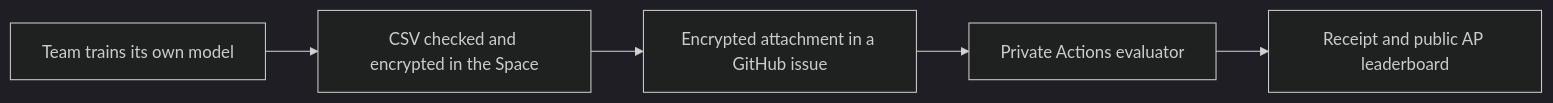
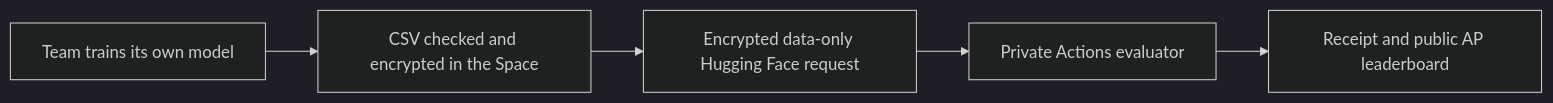
The diagram in README.md (hulaearth/ai-for-nature-competition), drawn with Mermaid (dark theme) before and after one commit. The commit also changed other lines of this file and 35 other files, not shown here.

Commit message:
Provide direct Hugging Face uploads with acceptance and final-choice controls

````diff
--- a/README.md
+++ b/README.md
@@ -52,7 +52,7 @@
 ```mermaid
 flowchart LR
   A[Team trains its own model] --> B[CSV checked and encrypted in the Space]
-  B --> C[Encrypted attachment in a GitHub issue]
+  B --> C[Encrypted data-only Hugging Face request]
   C --> D[Private Actions evaluator]
   D --> E[Receipt and public AP leaderboard]
 ```
````
